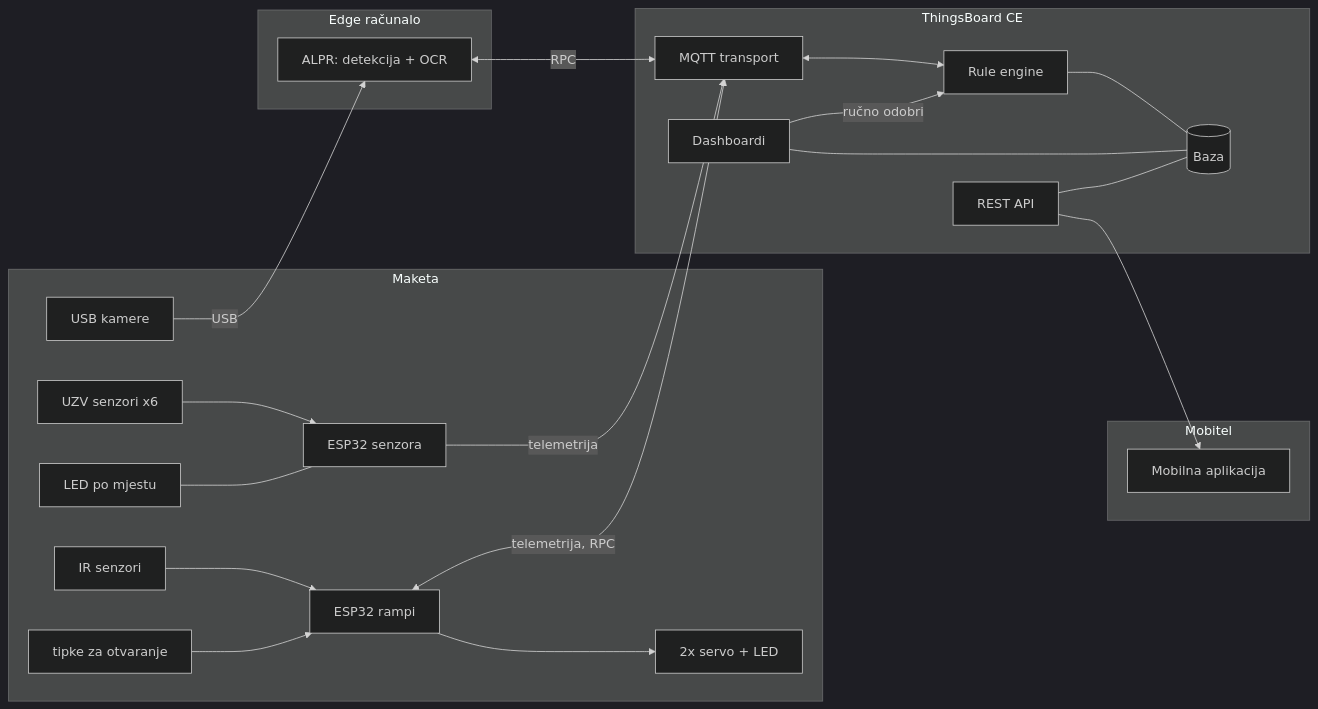
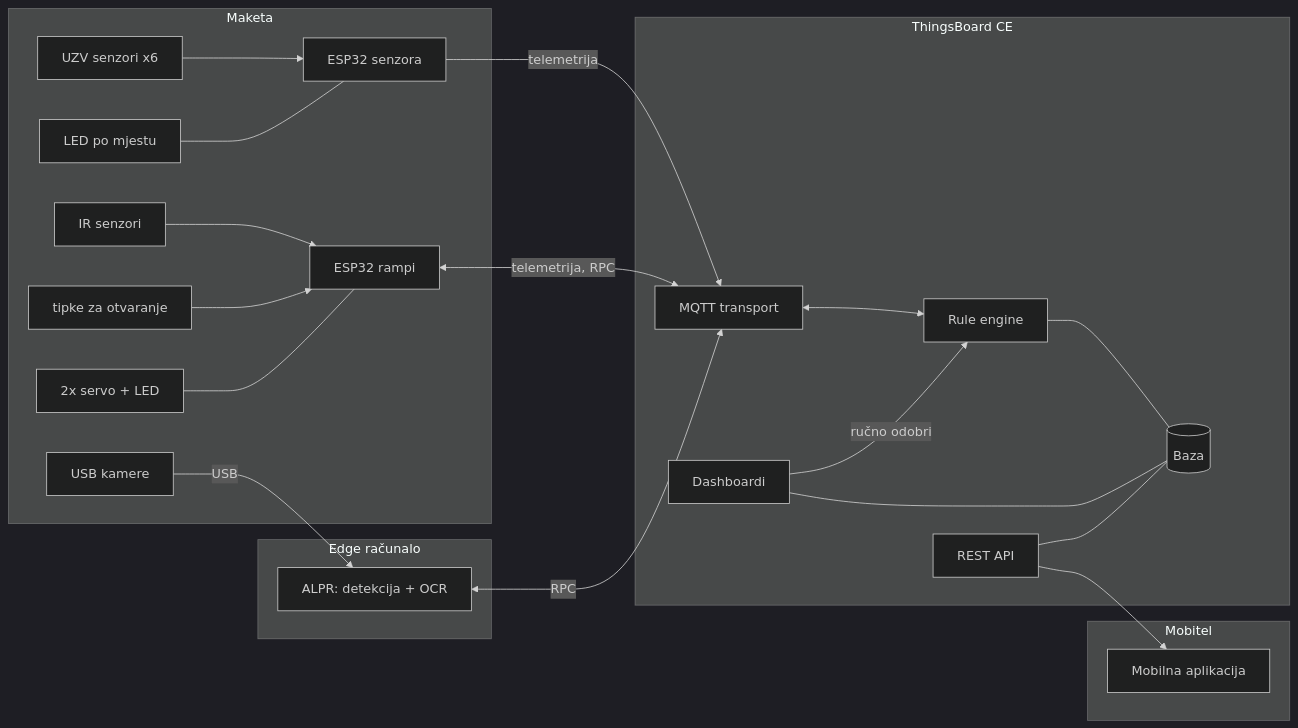
The fourth of 6 diagrams in PROJEKT/sustav/arhitektura.md (iampaviic/IoTGarage), drawn with Mermaid (dark theme) before and after one commit. The commit also changed other lines of this file, not shown here.

Commit message:
Architecture: keep the servo box out of the MQTT label's way
In both block diagrams the servo node sat right of the gate ESP32, where
the label of the ESP32's MQTT link is drawn, and covered it. The servo
is now linked like the spot LED, so it is laid out left of the ESP32.

Claude-Session: https://claude.ai/code/session_01PjtoX6XUzfEavShmoGESuF

````diff
--- a/PROJEKT/sustav/arhitektura.md
+++ b/PROJEKT/sustav/arhitektura.md
@@ -186,38 +186,38 @@
 ```mermaid
 flowchart LR
   subgraph Maketa
     S1[UZV senzori x6] --> ESPS[ESP32 senzora]
     LED[LED po mjestu] --- ESPS
     IR[IR senzori] --> ESPR[ESP32 rampi]
     BTN[tipke za otvaranje] --> ESPR
-    ESPR --> SERVO[2x servo + LED]
+    SERVO[2x servo + LED] --- ESPR
     CAM[USB kamere]
   end
 
   subgraph Edge["Edge računalo"]
     ALPR["ALPR: detekcija + OCR"]
   end
 
   subgraph TB["ThingsBoard CE"]
     MQ[MQTT transport]
     RE[Rule engine]
     TDB[(Baza)]
     DASH[Dashboardi]
     API[REST API]
   end
 
   subgraph Mobitel
     APP[Mobilna aplikacija]
   end
 
   ESPS -- telemetrija --> MQ
   ESPR <-- telemetrija, RPC --> MQ
   CAM -- USB --> ALPR
   ALPR <-- RPC --> MQ
   MQ <--> RE
   RE --- TDB
   DASH --- TDB
   DASH -- ručno odobri --> RE
   API --- TDB
   API --> APP
 ```
````
